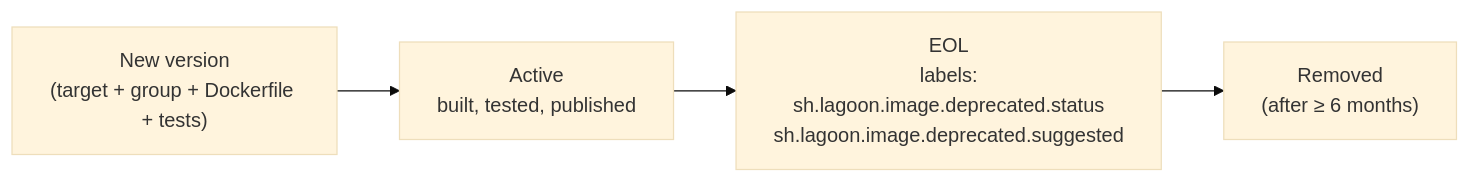
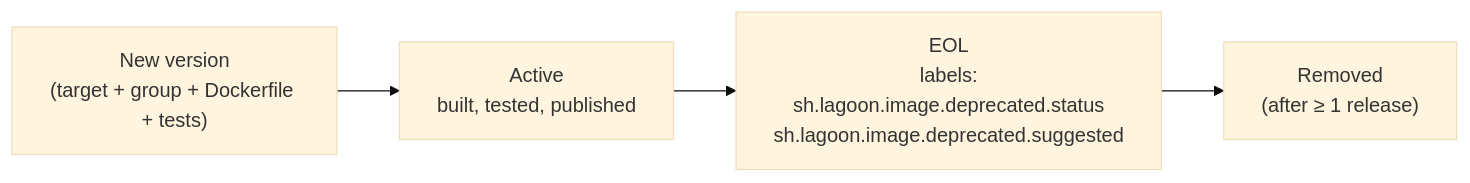
One commit to uselagoon/lagoon-images changed the fifth of 5 diagrams in architecture.md. Above: the diagram before and after it, drawn with Mermaid (base theme). The commit also changed other lines of this file, not shown here.

````diff
--- a/architecture.md
+++ b/architecture.md
@@ -473,9 +473,9 @@
 ```mermaid
 flowchart LR
     new["New version<br/>(target + group + Dockerfile + tests)"]
     active["Active<br/>built, tested, published"]
     eol["EOL<br/>labels:<br/>sh.lagoon.image.deprecated.status<br/>sh.lagoon.image.deprecated.suggested"]
-    removed["Removed<br/>(after ≥ 6 months)"]
+    removed["Removed<br/>(after ≥ 1 release)"]
 
     new --> active --> eol --> removed
 ```
````
